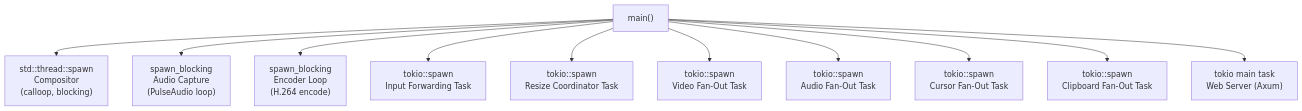
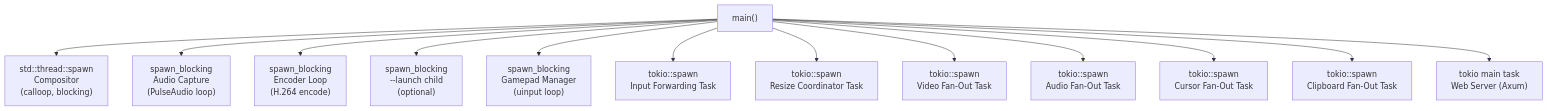
The first of 3 diagrams in docs/components/main-application.md (swedishborgie/lumen), drawn with Mermaid before and after one commit. The commit also changed other lines of this file and 12 other files, not shown here.

````diff
--- a/docs/components/main-application.md
+++ b/docs/components/main-application.md
@@ -43,25 +55,29 @@
 ```mermaid
 graph TD
     main["main()"]
     comp["std::thread::spawn\nCompositor\n(calloop, blocking)"]
     audio["spawn_blocking\nAudio Capture\n(PulseAudio loop)"]
     encoder["spawn_blocking\nEncoder Loop\n(H.264 encode)"]
+    launch["spawn_blocking\n--launch child\n(optional)"]
+    gamepad["spawn_blocking\nGamepad Manager\n(uinput loop)"]
     input_fwd["tokio::spawn\nInput Forwarding Task"]
     resize["tokio::spawn\nResize Coordinator Task"]
     video_fan["tokio::spawn\nVideo Fan-Out Task"]
     audio_fan["tokio::spawn\nAudio Fan-Out Task"]
     cursor_fan["tokio::spawn\nCursor Fan-Out Task"]
     clip_fan["tokio::spawn\nClipboard Fan-Out Task"]
     web["tokio main task\nWeb Server (Axum)"]
 
     main --> comp
     main --> audio
     main --> encoder
+    main --> launch
+    main --> gamepad
     main --> input_fwd
     main --> resize
     main --> video_fan
     main --> audio_fan
     main --> cursor_fan
     main --> clip_fan
     main --> web
 ```
````
